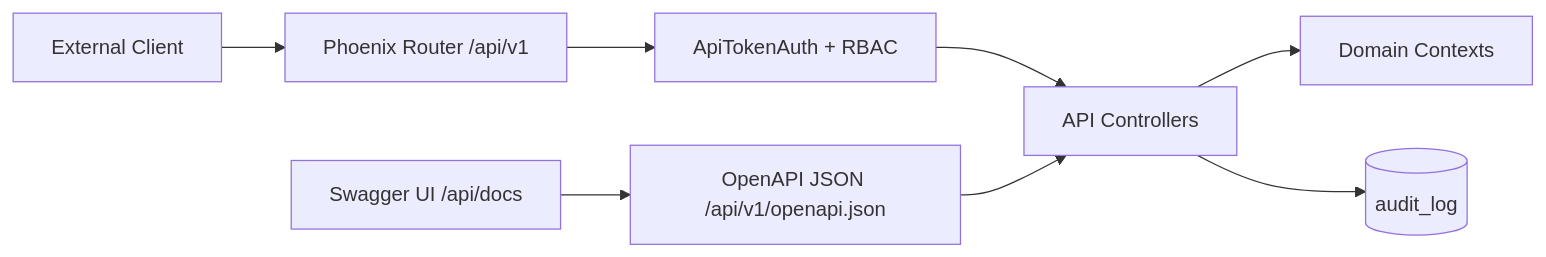
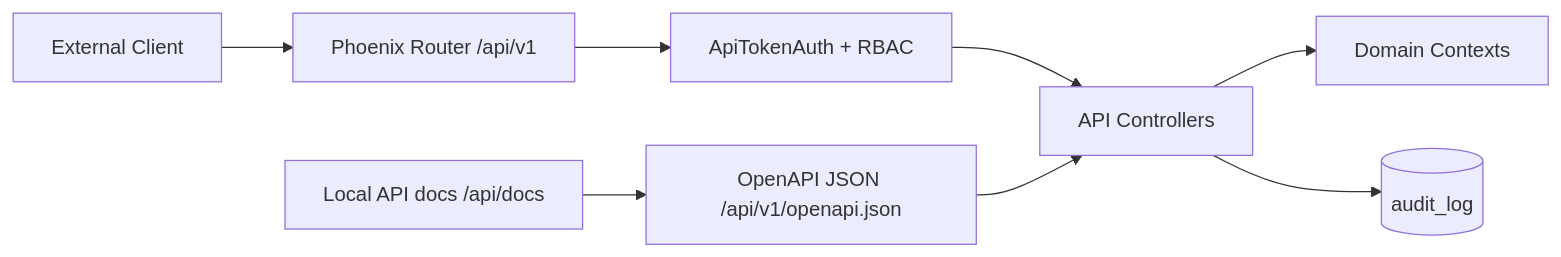
Before and after one commit to gustovshikov/RavenWire: the diagram in .kiro/specs/public-api-docs/design.md, drawn with Mermaid. The commit also changed other lines of this file and 32 other files, not shown here.

````diff
--- a/.kiro/specs/public-api-docs/design.md
+++ b/.kiro/specs/public-api-docs/design.md
@@ -20,19 +20,19 @@
 ```mermaid
 flowchart LR
     Client[External Client]
-    Docs[Swagger UI /api/docs]
+    Docs[Local API docs /api/docs]
     Spec[OpenAPI JSON /api/v1/openapi.json]
     Router[Phoenix Router /api/v1]
     Auth[ApiTokenAuth + RBAC]
     Controller[API Controllers]
     Context[Domain Contexts]
     Audit[(audit_log)]
 
     Docs --> Spec
     Client --> Router
     Router --> Auth
     Auth --> Controller
     Controller --> Context
     Controller --> Audit
     Spec --> Controller
 ```
````
